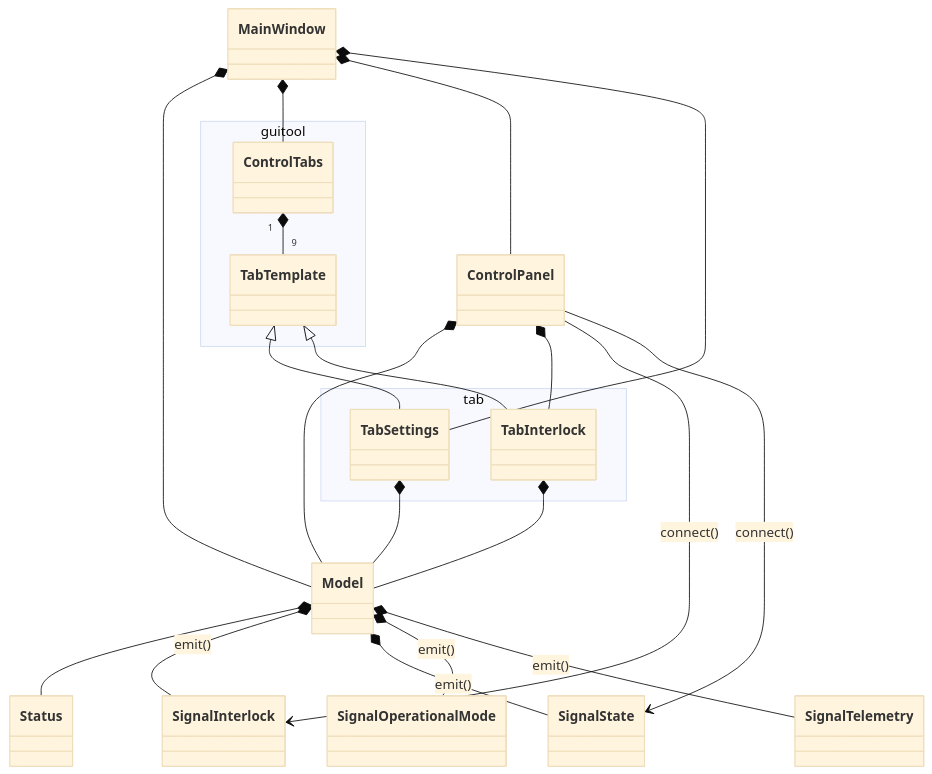
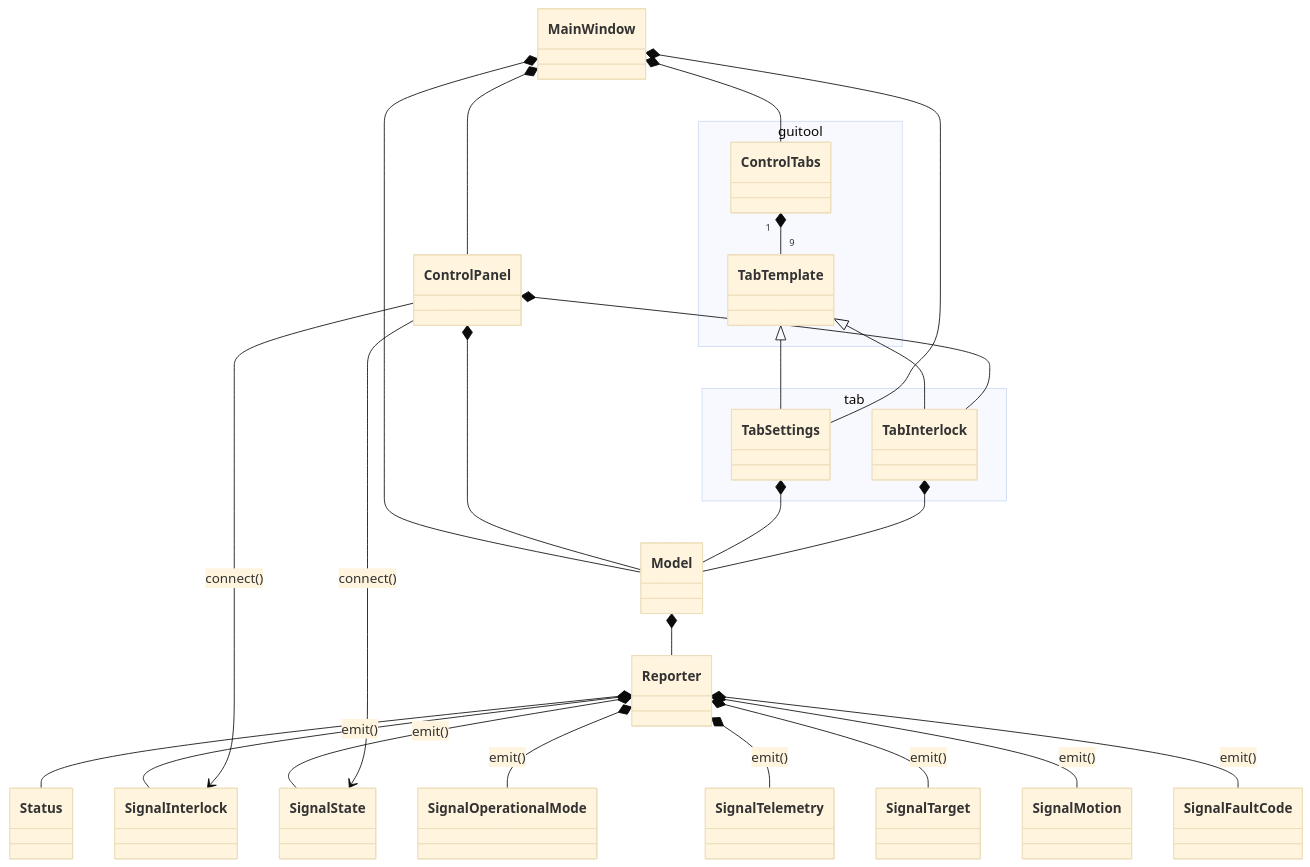
The diagram in doc/uml/class_mtdomegui.mmd (lsst-ts/ts_mtdomegui), drawn with Mermaid (base theme) before and after one commit. The commit also changed 10 other files, not shown here.

```diff
--- a/doc/uml/class_mtdomegui.mmd
+++ b/doc/uml/class_mtdomegui.mmd
@@ -1,35 +1,40 @@
 classDiagram
 
 namespace guitool {
   class ControlTabs
   class TabTemplate
 }
 
 namespace tab {
   class TabSettings
   class TabInterlock
 }
 
 TabTemplate <|-- TabSettings
 TabTemplate <|-- TabInterlock
 
 MainWindow *-- Model
 MainWindow *-- ControlTabs
 MainWindow *-- ControlPanel
 MainWindow *-- TabSettings
 
-Model *-- Status
-Model *-- SignalInterlock : emit()
-Model *-- SignalState : emit()
-Model *-- SignalOperationalMode : emit()
-Model *-- SignalTelemetry : emit()
+Model *-- Reporter
+
+Reporter *-- Status
+Reporter *-- SignalInterlock : emit()
+Reporter *-- SignalState : emit()
+Reporter *-- SignalOperationalMode : emit()
+Reporter *-- SignalTelemetry : emit()
+Reporter *-- SignalTarget : emit()
+Reporter *-- SignalMotion : emit()
+Reporter *-- SignalFaultCode : emit()
 
 ControlPanel *-- Model
 ControlPanel *-- TabInterlock
 ControlPanel --> SignalInterlock : connect()
 ControlPanel --> SignalState : connect()
 
 TabSettings *-- Model
 TabInterlock *-- Model
 
 ControlTabs "1" *-- "9" TabTemplate
```
